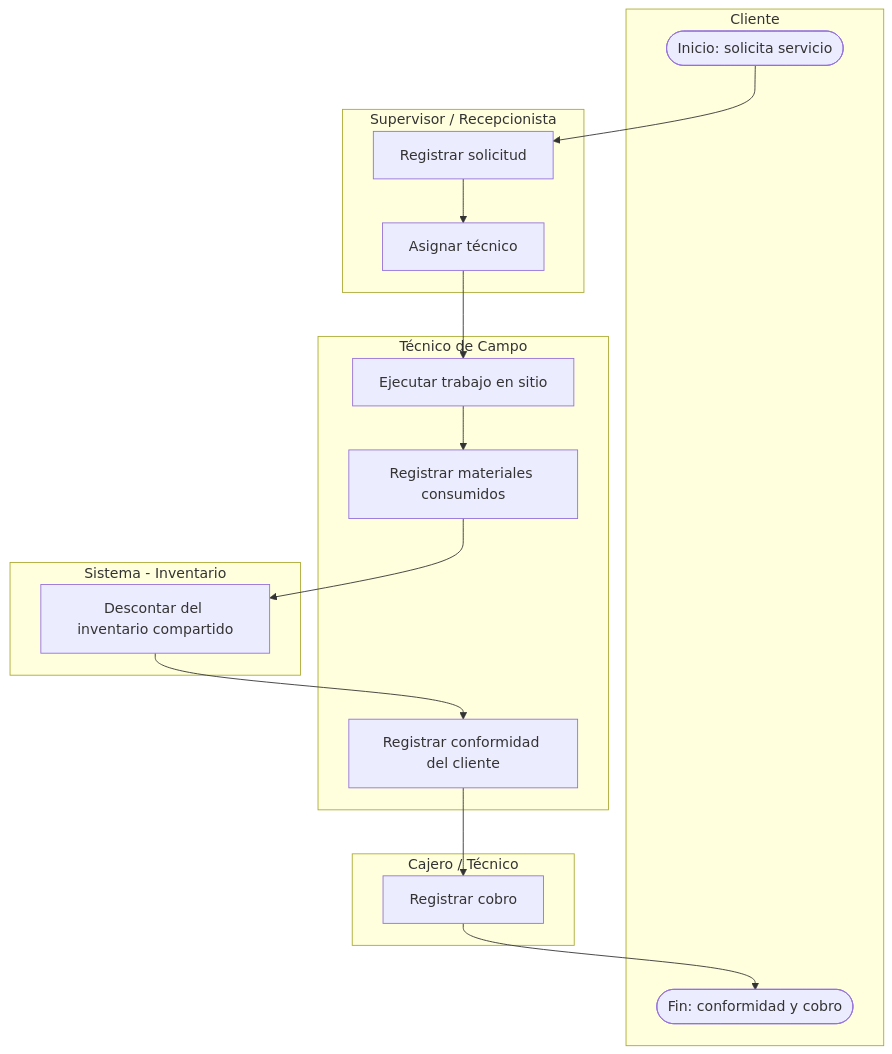
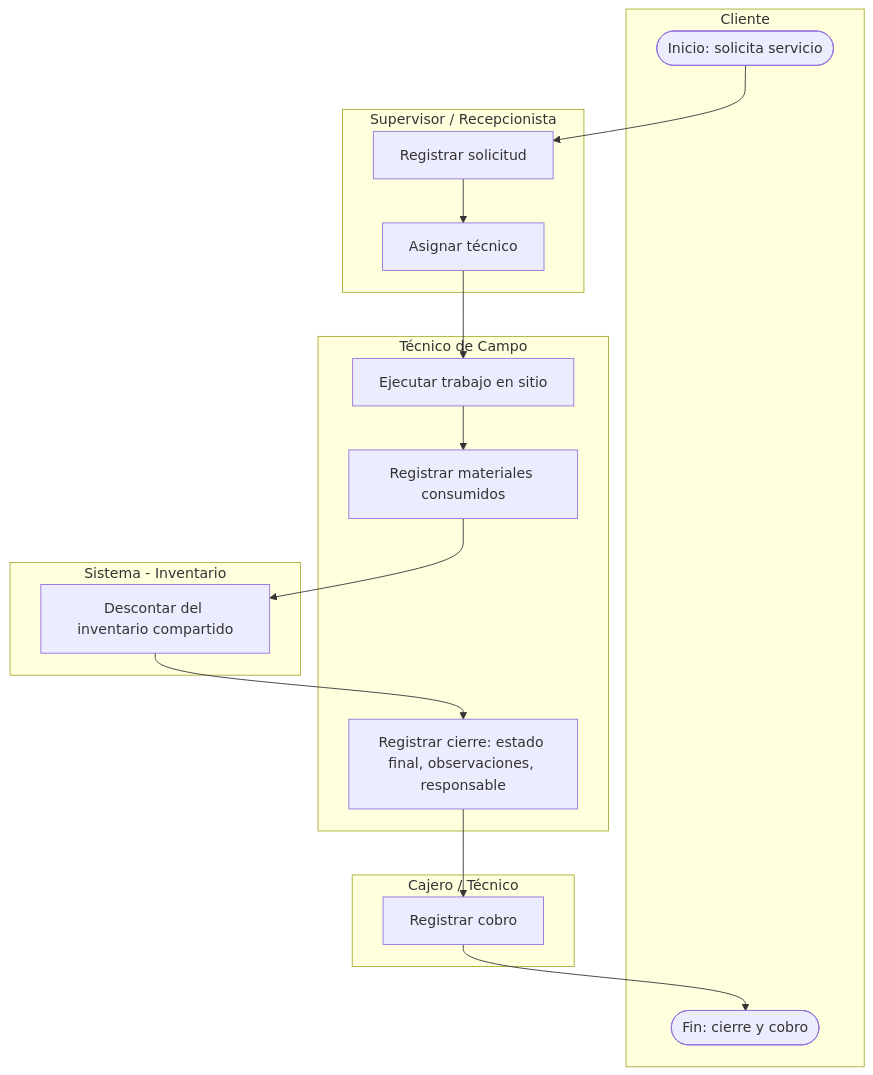
Before and after one commit to JoseAntonioZ1/ISARMIN-ERP: the third of 5 diagrams in docs/02-Business/Business-Processes.md, drawn with Mermaid. The commit also changed other lines of this file and 7 other files, not shown here.

````diff
--- a/docs/02-Business/Business-Processes.md
+++ b/docs/02-Business/Business-Processes.md
@@ -134,24 +134,24 @@
 ```mermaid
 flowchart TD
     subgraph Cliente
         C0([Inicio: solicita servicio])
-        C6([Fin: conformidad y cobro])
+        C6([Fin: cierre y cobro])
     end
     subgraph Supervisor_Recepcionista[Supervisor / Recepcionista]
         C1[Registrar solicitud]
         C2[Asignar técnico]
     end
     subgraph TecnicoCampo[Técnico de Campo]
         C3[Ejecutar trabajo en sitio]
         C4[Registrar materiales consumidos]
-        C5[Registrar conformidad del cliente]
+        C5[Registrar cierre: estado final, observaciones, responsable]
     end
     subgraph Sistema_Inventario3[Sistema - Inventario]
         C4b[Descontar del inventario compartido]
     end
     subgraph Cajero_Tecnico[Cajero / Técnico]
         C7[Registrar cobro]
     end
 
     C0 --> C1 --> C2 --> C3 --> C4 --> C4b --> C5 --> C7 --> C6
 ```
````
